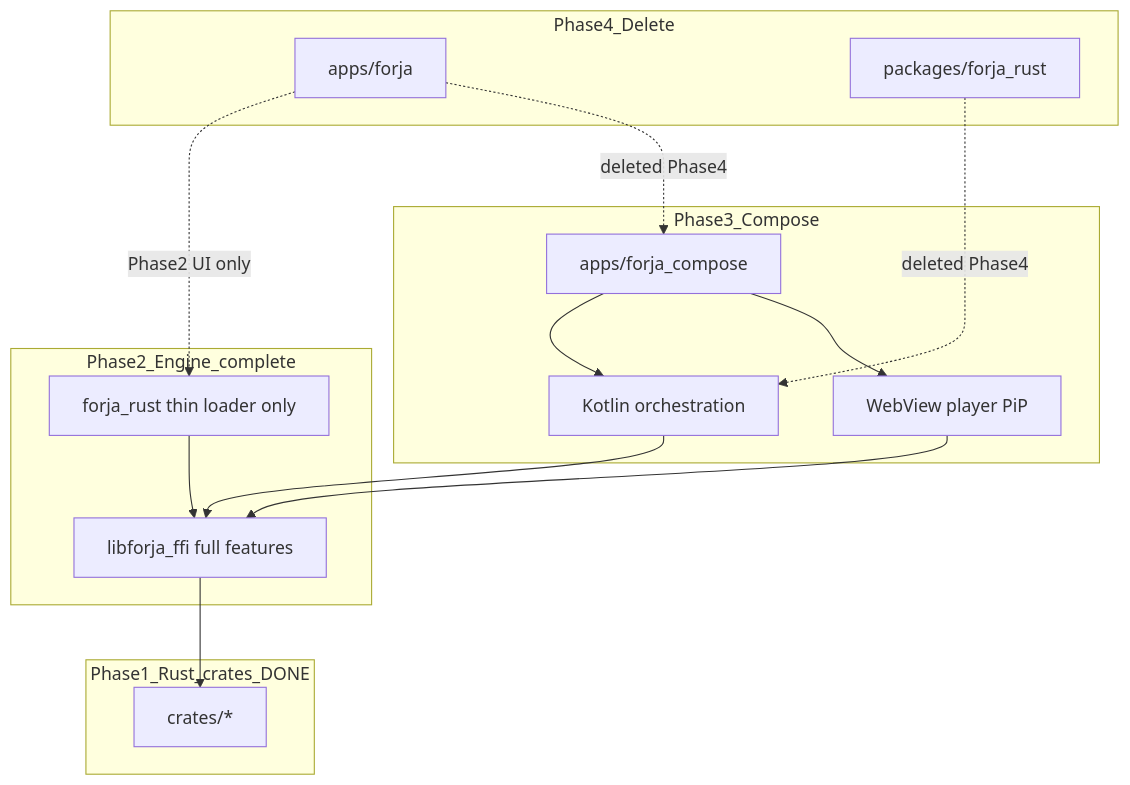
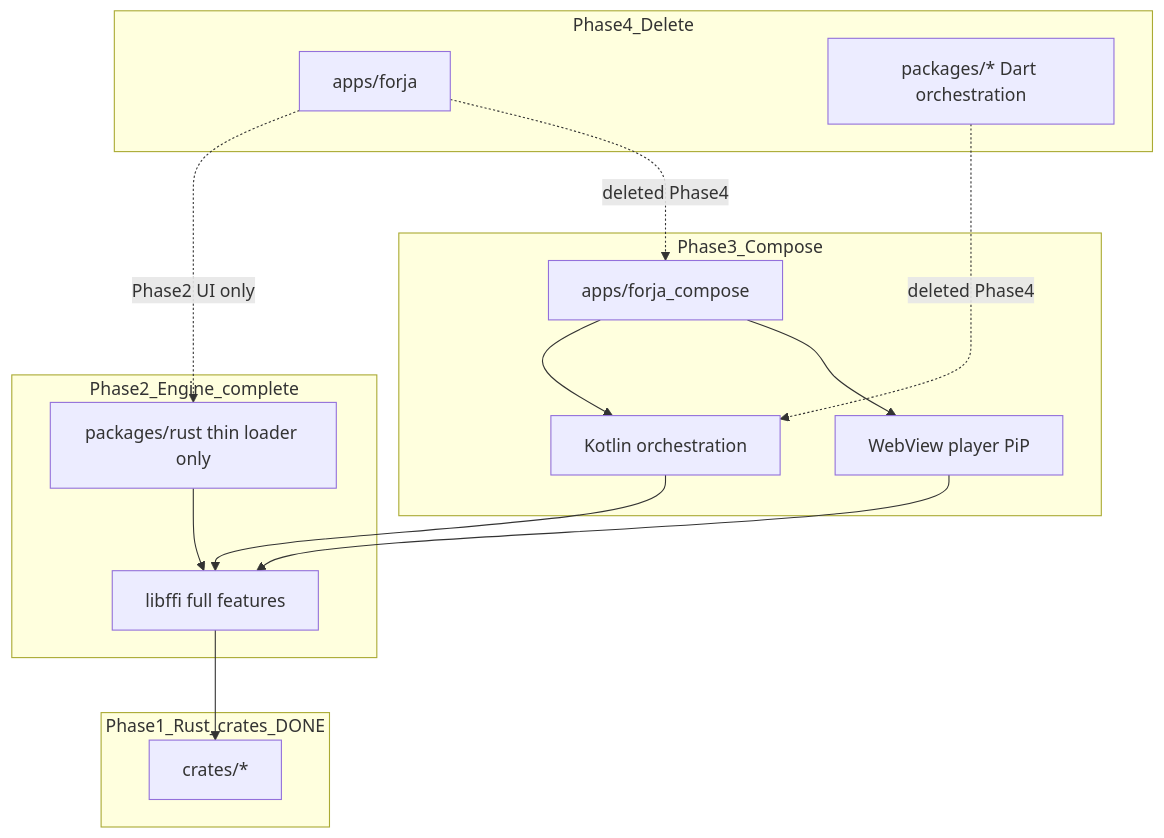
The diagram in docs/migration/README.md (mGhassen/Forja), drawn with Mermaid before and after one commit. The commit also changed other lines of this file and 6 other files, not shown here.

Commit message:
refactor: Update migration documentation and package references to reflect renaming of forja_rust to packages/rust; enhance test paths and clarify integration steps for Rust engine migration

````diff
--- a/docs/migration/README.md
+++ b/docs/migration/README.md
@@ -26,33 +26,33 @@
 ```mermaid
 flowchart TB
   subgraph phase3 [Phase3_Compose]
     ComposeApp["apps/forja_compose"]
     KotlinOrch["Kotlin orchestration"]
     PlatformUI["WebView player PiP"]
   end
 
   subgraph phase1 [Phase1_Rust_crates_DONE]
     Crates["crates/*"]
   end
 
   subgraph phase2 [Phase2_Engine_complete]
-    FFI["libforja_ffi full features"]
-    ThinDart["forja_rust thin loader only"]
+    FFI["libffi full features"]
+    ThinDart["packages/rust thin loader only"]
   end
 
   subgraph phase4 [Phase4_Delete]
     FlutterApp["apps/forja"]
-    DartFFI["packages/forja_rust"]
+    DartPkgs["packages/* Dart orchestration"]
   end
 
   ComposeApp --> KotlinOrch
   ComposeApp --> PlatformUI
   KotlinOrch --> FFI
   PlatformUI --> FFI
   FFI --> Crates
 
   FlutterApp -.->|Phase2 UI only| ThinDart
   ThinDart --> FFI
   FlutterApp -.->|deleted Phase4| ComposeApp
-  DartFFI -.->|deleted Phase4| KotlinOrch
+  DartPkgs -.->|deleted Phase4| KotlinOrch
 ```
````
